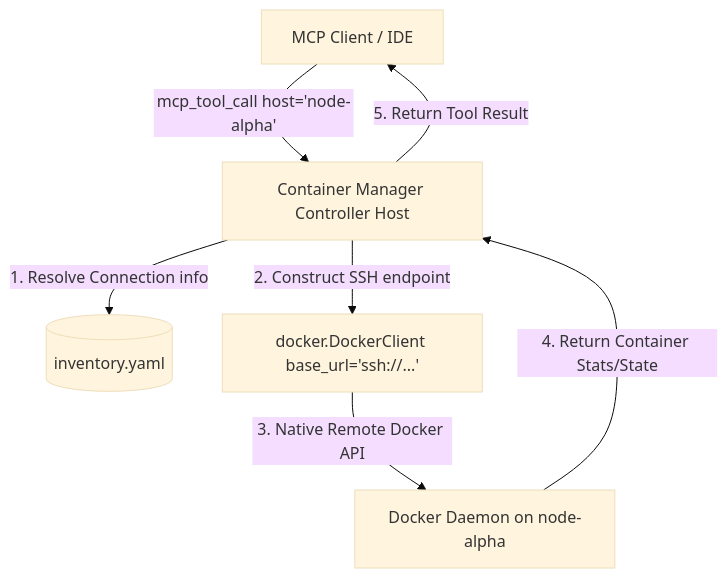
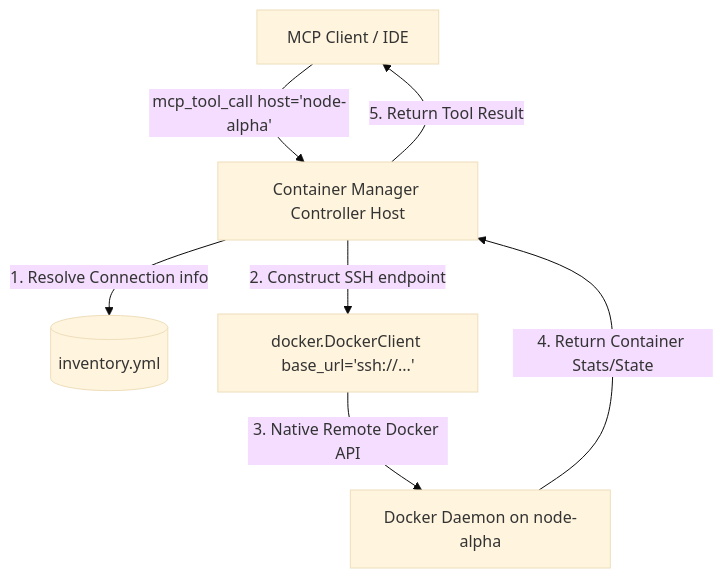
The first of 2 diagrams in docs/multi_host.md (Knuckles-Team/container-manager-mcp), drawn with Mermaid (base theme) before and after one commit. The commit also changed other lines of this file and 4 other files, not shown here.

First line of the commit message:
docs(inventory): point cm_* aliases at shared inventory.yml (.yaml legacy)

````diff
--- a/docs/multi_host.md
+++ b/docs/multi_host.md
@@ -13,9 +13,9 @@
 ```mermaid
 graph TD
     A[MCP Client / IDE] -->|mcp_tool_call host='node-alpha'| B[Container Manager Controller Host]
-    B -->|1. Resolve Connection info| C[(inventory.yaml)]
+    B -->|1. Resolve Connection info| C[(inventory.yml)]
     B -->|2. Construct SSH endpoint| D[docker.DockerClient base_url='ssh://...']
     D -->|3. Native Remote Docker API| E[Docker Daemon on node-alpha]
     E -->|4. Return Container Stats/State| B
     B -->|5. Return Tool Result| A
 ```
````
